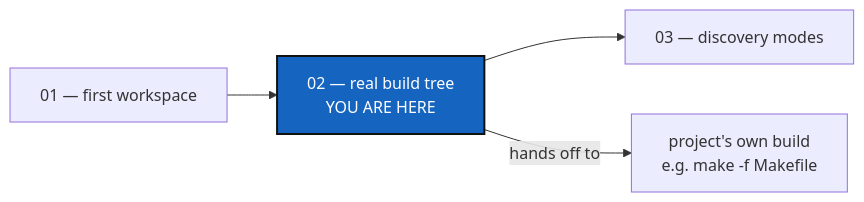
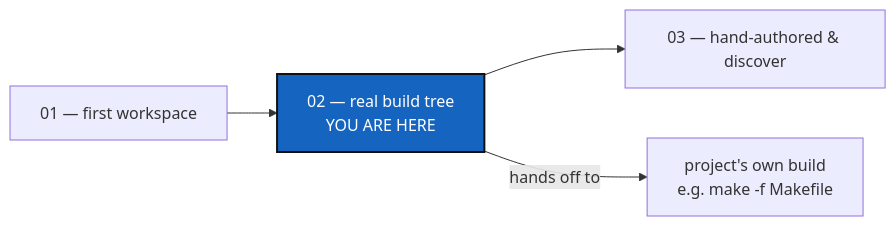
One commit to flipoyo/ComplexGitSync changed the diagram in tutorials/02_onboarding_a_real_build_tree.md. Above: the diagram before and after it, drawn with Mermaid. The commit also changed other lines of this file and 7 other files, not shown here.

````diff
--- a/tutorials/02_onboarding_a_real_build_tree.md
+++ b/tutorials/02_onboarding_a_real_build_tree.md
@@ -30,9 +30,9 @@
 ```mermaid
 graph LR
     T1["01 — first workspace"] --> T2["02 — real build tree<br/>YOU ARE HERE"]
-    T2 --> T3["03 — discovery modes"]
+    T2 --> T3["03 — hand-authored & discover"]
     T2 -->|hands off to| BUILD["project's own build<br/>e.g. make -f Makefile"]
 
     classDef here fill:#1565C0,color:#fff,stroke:#111,stroke-width:2px;
     class T2 here;
 ```
````
